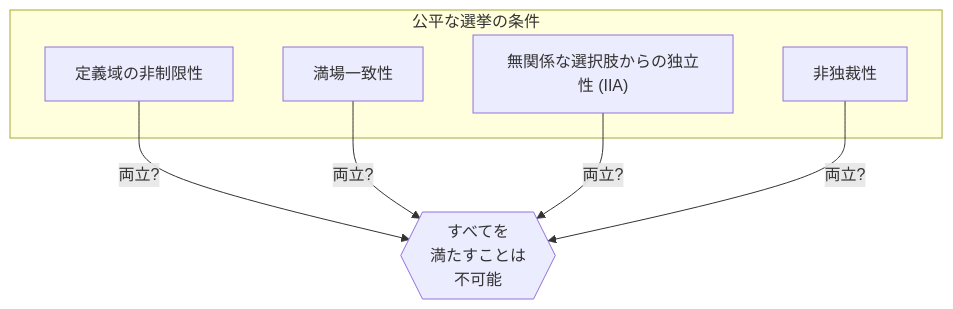
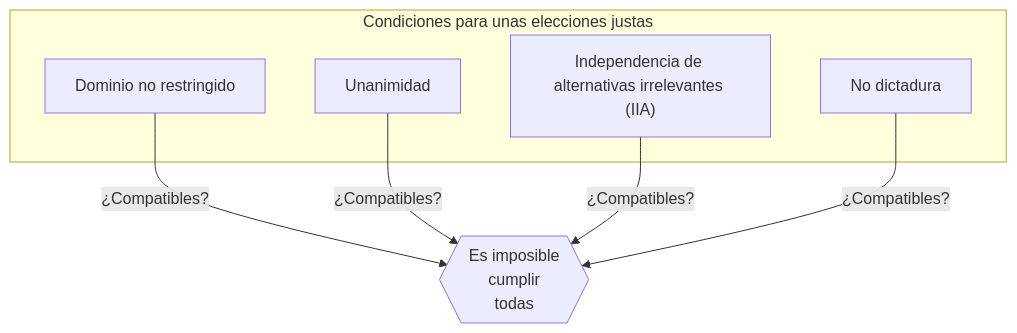
The first of 3 diagrams in content/post/arrows-impossibility-theorem/index.es.md (kenjinote/blog), drawn with Mermaid before and after one commit. The commit also changed other lines of this file and 28 other files, not shown here.

Commit message:
Translate Japanese text inside Mermaid diagrams to respective languages

````diff
--- a/content/post/arrows-impossibility-theorem/index.es.md
+++ b/content/post/arrows-impossibility-theorem/index.es.md
@@ -63,14 +63,14 @@
 ```mermaid
 graph TD
-    subgraph "公平な選挙の条件"
-        C1["定義域の非制限性"]
-        C2["満場一致性"]
-        C3["無関係な選択肢からの独立性 (IIA)"]
-        C4["非独裁性"]
+    subgraph "Condiciones para unas elecciones justas"
+        C1["Dominio no restringido"]
+        C2["Unanimidad"]
+        C3["Independencia de alternativas irrelevantes (IIA)"]
+        C4["No dictadura"]
     end
     
-    C1 -->|"両立?"| X{{"すべてを\n満たすことは\n不可能"}}
-    C2 -->|"両立?"| X
-    C3 -->|"両立?"| X
-    C4 -->|"両立?"| X
+    C1 -->|"¿Compatibles?"| X{{"Es imposible\ncumplir\ntodas"}}
+    C2 -->|"¿Compatibles?"| X
+    C3 -->|"¿Compatibles?"| X
+    C4 -->|"¿Compatibles?"| X
 ```
````
